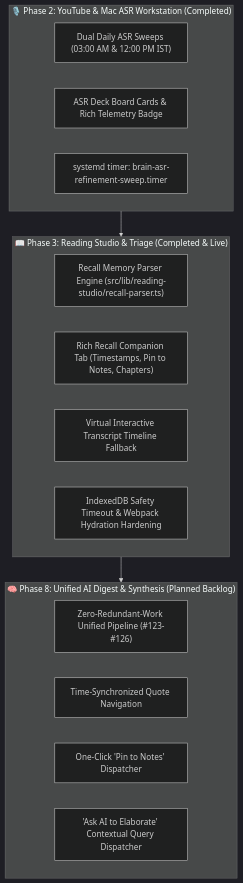
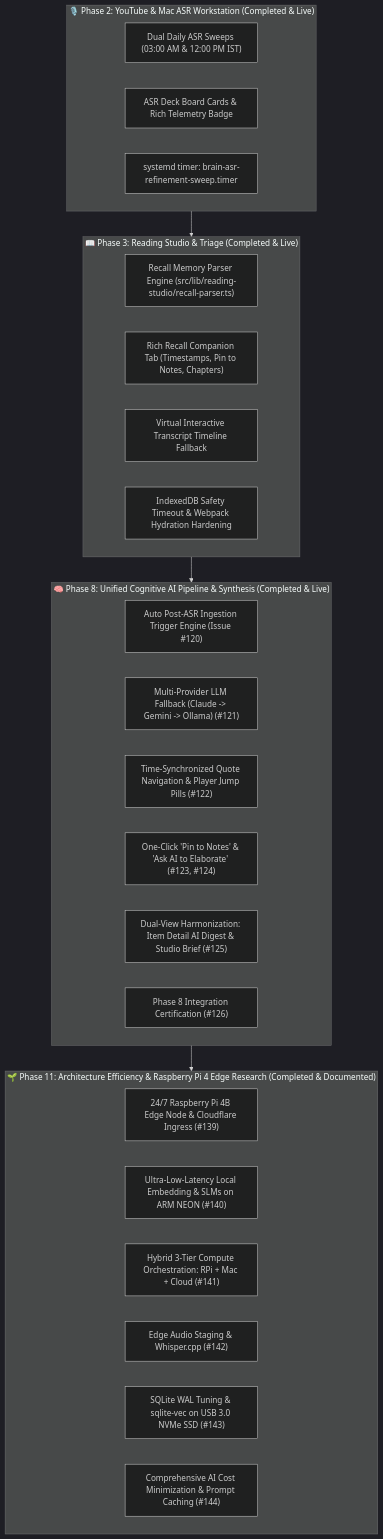
Before and after one commit to arunpr614/ai-brain: the diagram in docs/AGENT_HANDOVER_PHASE2_PHASE3_PHASE8.md, drawn with Mermaid (dark theme). The commit also changed other lines of this file and 9 other files, not shown here.

Commit message:
docs(phase11): add complete Phase 11 research reports, benchmarks, and master compendium

````diff
--- a/docs/AGENT_HANDOVER_PHASE2_PHASE3_PHASE8.md
+++ b/docs/AGENT_HANDOVER_PHASE2_PHASE3_PHASE8.md
@@ -19,25 +19,37 @@
 ```mermaid
 flowchart TD
-    subgraph Phase2 ["🎙️ Phase 2: YouTube & Mac ASR Workstation (Completed)"]
+    subgraph Phase2 ["🎙️ Phase 2: YouTube & Mac ASR Workstation (Completed & Live)"]
         P2_1["Dual Daily ASR Sweeps (03:00 AM & 12:00 PM IST)"]
         P2_2["ASR Deck Board Cards & Rich Telemetry Badge"]
         P2_3["systemd timer: brain-asr-refinement-sweep.timer"]
     end
 
     subgraph Phase3 ["📖 Phase 3: Reading Studio & Triage (Completed & Live)"]
         P3_1["Recall Memory Parser Engine (src/lib/reading-studio/recall-parser.ts)"]
         P3_2["Rich Recall Companion Tab (Timestamps, Pin to Notes, Chapters)"]
         P3_3["Virtual Interactive Transcript Timeline Fallback"]
         P3_4["IndexedDB Safety Timeout & Webpack Hydration Hardening"]
     end
 
-    subgraph Phase8 ["🧠 Phase 8: Unified AI Digest & Synthesis (Planned Backlog)"]
-        P8_1["Zero-Redundant-Work Unified Pipeline (#123-#126)"]
-        P8_2["Time-Synchronized Quote Navigation"]
-        P8_3["One-Click 'Pin to Notes' Dispatcher"]
-        P8_4["'Ask AI to Elaborate' Contextual Query Dispatcher"]
+    subgraph Phase8 ["🧠 Phase 8: Unified Cognitive AI Pipeline & Synthesis (Completed & Live)"]
+        P8_1["Auto Post-ASR Ingestion Trigger Engine (Issue #120)"]
+        P8_2["Multi-Provider LLM Fallback (Claude -> Gemini -> Ollama) (#121)"]
+        P8_3["Time-Synchronized Quote Navigation & Player Jump Pills (#122)"]
+        P8_4["One-Click 'Pin to Notes' & 'Ask AI to Elaborate' (#123, #124)"]
+        P8_5["Dual-View Harmonization: Item Detail AI Digest & Studio Brief (#125)"]
+        P8_6["Phase 8 Integration Certification (#126)"]
+    end
+
+    subgraph Phase11 ["🌱 Phase 11: Architecture Efficiency & Raspberry Pi 4 Edge Research (Completed & Documented)"]
+        P11_1["24/7 Raspberry Pi 4B Edge Node & Cloudflare Ingress (#139)"]
+        P11_2["Ultra-Low-Latency Local Embedding & SLMs on ARM NEON (#140)"]
+        P11_3["Hybrid 3-Tier Compute Orchestration: RPi + Mac + Cloud (#141)"]
+        P11_4["Edge Audio Staging & Whisper.cpp (#142)"]
+        P11_5["SQLite WAL Tuning & sqlite-vec on USB 3.0 NVMe SSD (#143)"]
+        P11_6["Comprehensive AI Cost Minimization & Prompt Caching (#144)"]
     end
 
     Phase2 --> Phase3
     Phase3 --> Phase8
+    Phase8 --> Phase11
 ```
````
